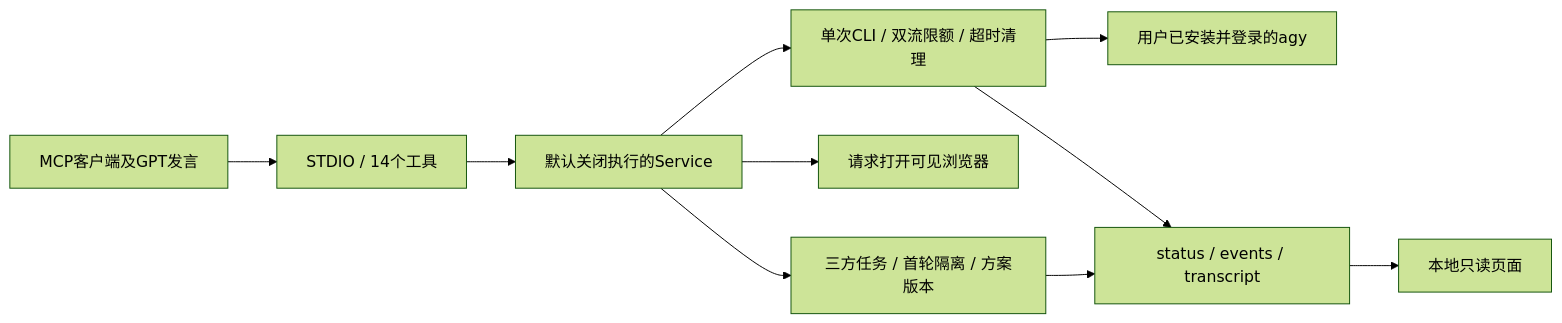
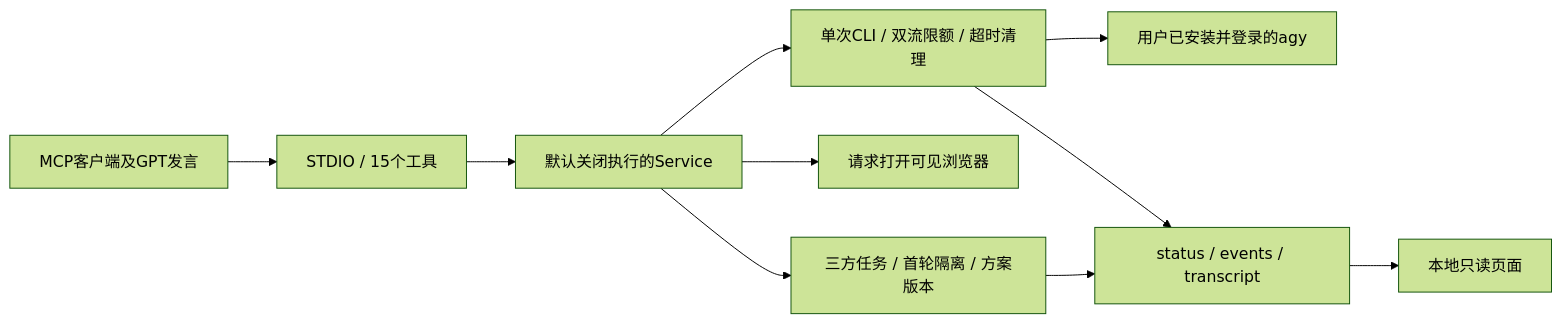
The diagram in docs/architecture.md (horizonmax11-sketch/agy-observer-mcp), drawn with Mermaid (forest theme) before and after one commit. The commit also changed other lines of this file and 19 other files, not shown here.

````diff
--- a/docs/architecture.md
+++ b/docs/architecture.md
@@ -3,12 +3,12 @@
 ```mermaid
 flowchart LR
-    Client[MCP客户端及GPT发言] --> Server[STDIO / 14个工具]
+    Client[MCP客户端及GPT发言] --> Server[STDIO / 15个工具]
     Server --> Service[默认关闭执行的Service]
     Service --> Runtime[单次CLI / 双流限额 / 超时清理]
     Runtime --> CLI[用户已安装并登录的agy]
     Runtime --> History[status / events / transcript]
     History --> UI[本地只读页面]
     Service --> Browser[请求打开可见浏览器]
     Service --> Council[三方任务 / 首轮隔离 / 方案版本]
     Council --> History
 ```
````
